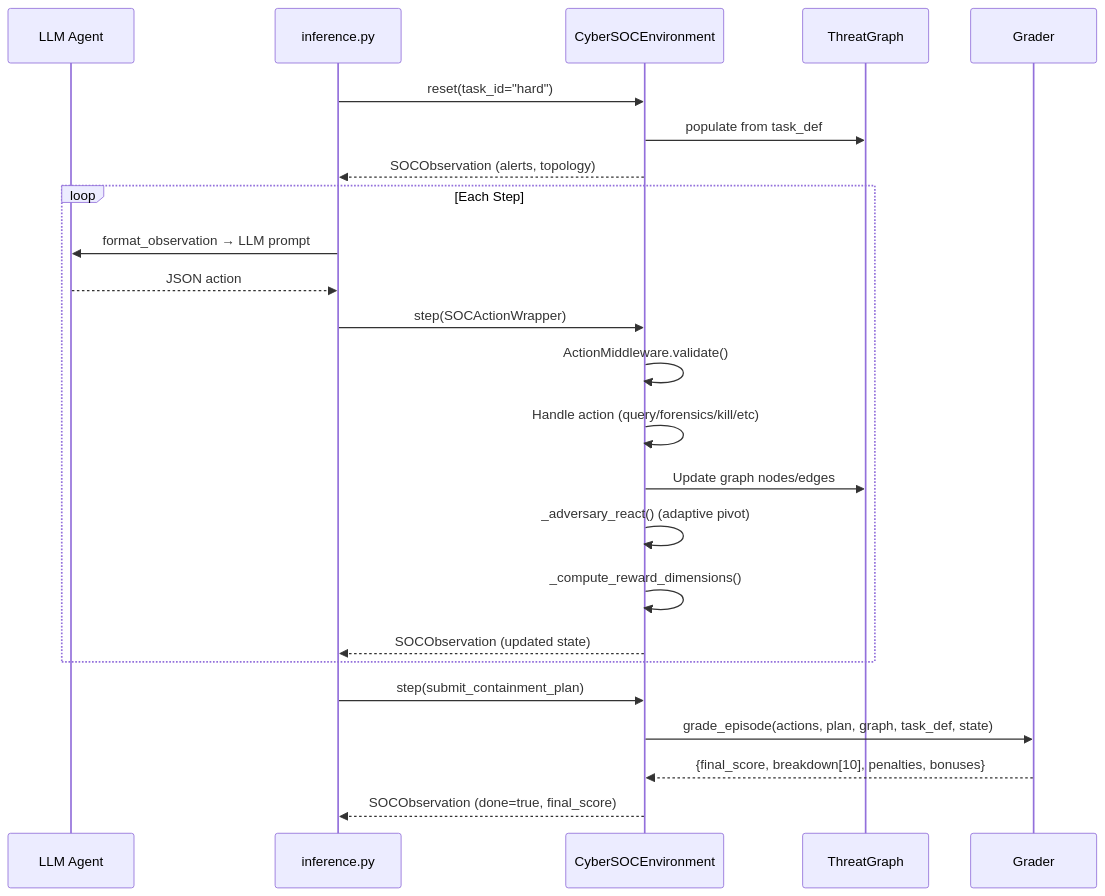
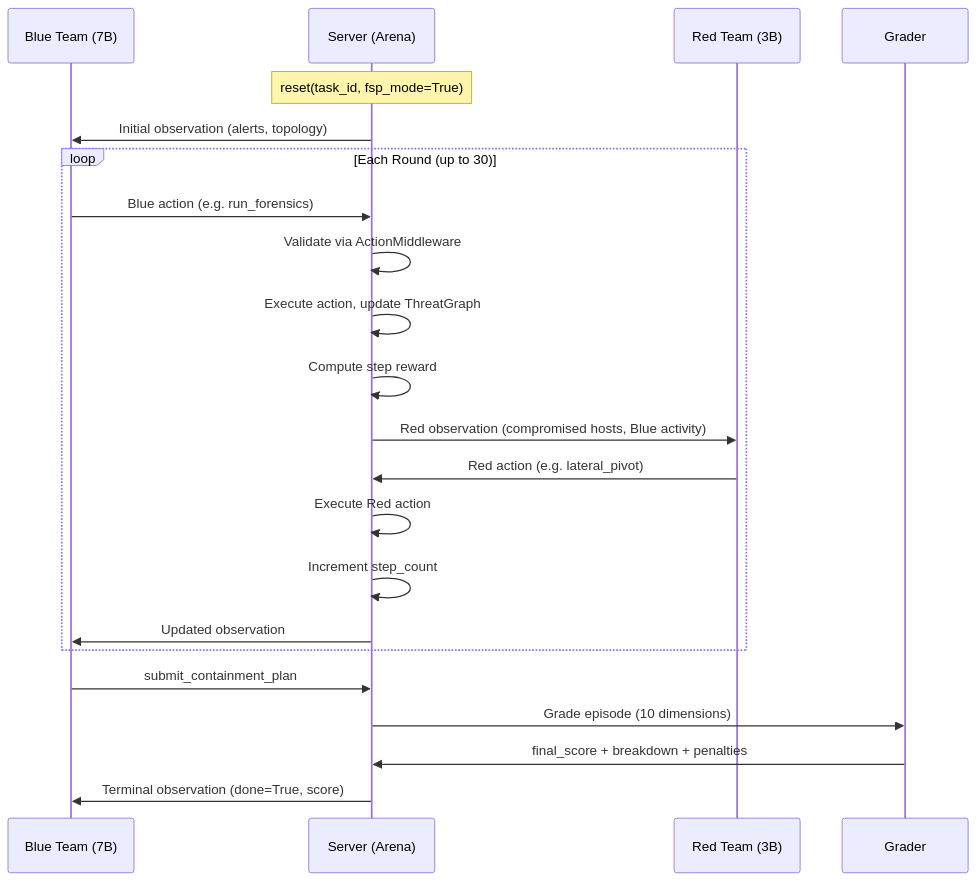
One commit to Ajayyy00/CyberSOC-upgraded changed the second of 3 diagrams in README.md. Above: the diagram before and after it, drawn with Mermaid. The commit also changed other lines of this file, not shown here.

Commit message:
docs: comprehensive README with architecture diagrams, training details, and anti-reward-hacking documentation

````diff
--- a/README.md
+++ b/README.md
@@ -377,29 +72,28 @@
 ```mermaid
 sequenceDiagram
-    participant Agent as LLM Agent
-    participant Inf as inference.py
-    participant Env as CyberSOCEnvironment
-    participant TG as ThreatGraph
-    participant Gr as Grader
+    participant B as Blue Team (7B)
+    participant S as Server (Arena)
+    participant R as Red Team (3B)
+    participant G as Grader
 
-    Inf->>Env: reset(task_id="hard")
-    Env->>TG: populate from task_def
-    Env-->>Inf: SOCObservation (alerts, topology)
-    
-    loop Each Step
-        Inf->>Agent: format_observation → LLM prompt
-        Agent-->>Inf: JSON action
-        Inf->>Env: step(SOCActionWrapper)
-        Env->>Env: ActionMiddleware.validate()
-        Env->>Env: Handle action (query/forensics/kill/etc)
-        Env->>TG: Update graph nodes/edges
-        Env->>Env: _adversary_react() (adaptive pivot)
-        Env->>Env: _compute_reward_dimensions()
-        Env-->>Inf: SOCObservation (updated state)
+    Note over S: reset(task_id, fsp_mode=True)
+    S->>B: Initial observation (alerts, topology)
+
+    loop Each Round (up to 30)
+        B->>S: Blue action (e.g. run_forensics)
+        S->>S: Validate via ActionMiddleware
+        S->>S: Execute action, update ThreatGraph
+        S->>S: Compute step reward
+        S->>R: Red observation (compromised hosts, Blue activity)
+
+        R->>S: Red action (e.g. lateral_pivot)
+        S->>S: Execute Red action
+        S->>S: Increment step_count
+        S->>B: Updated observation
     end
-    
-    Inf->>Env: step(submit_containment_plan)
-    Env->>Gr: grade_episode(actions, plan, graph, task_def, state)
-    Gr-->>Env: {final_score, breakdown[10], penalties, bonuses}
-    Env-->>Inf: SOCObservation (done=true, final_score)
+
+    B->>S: submit_containment_plan
+    S->>G: Grade episode (10 dimensions)
+    G->>S: final_score + breakdown + penalties
+    S->>B: Terminal observation (done=True, score)
 ```
````
